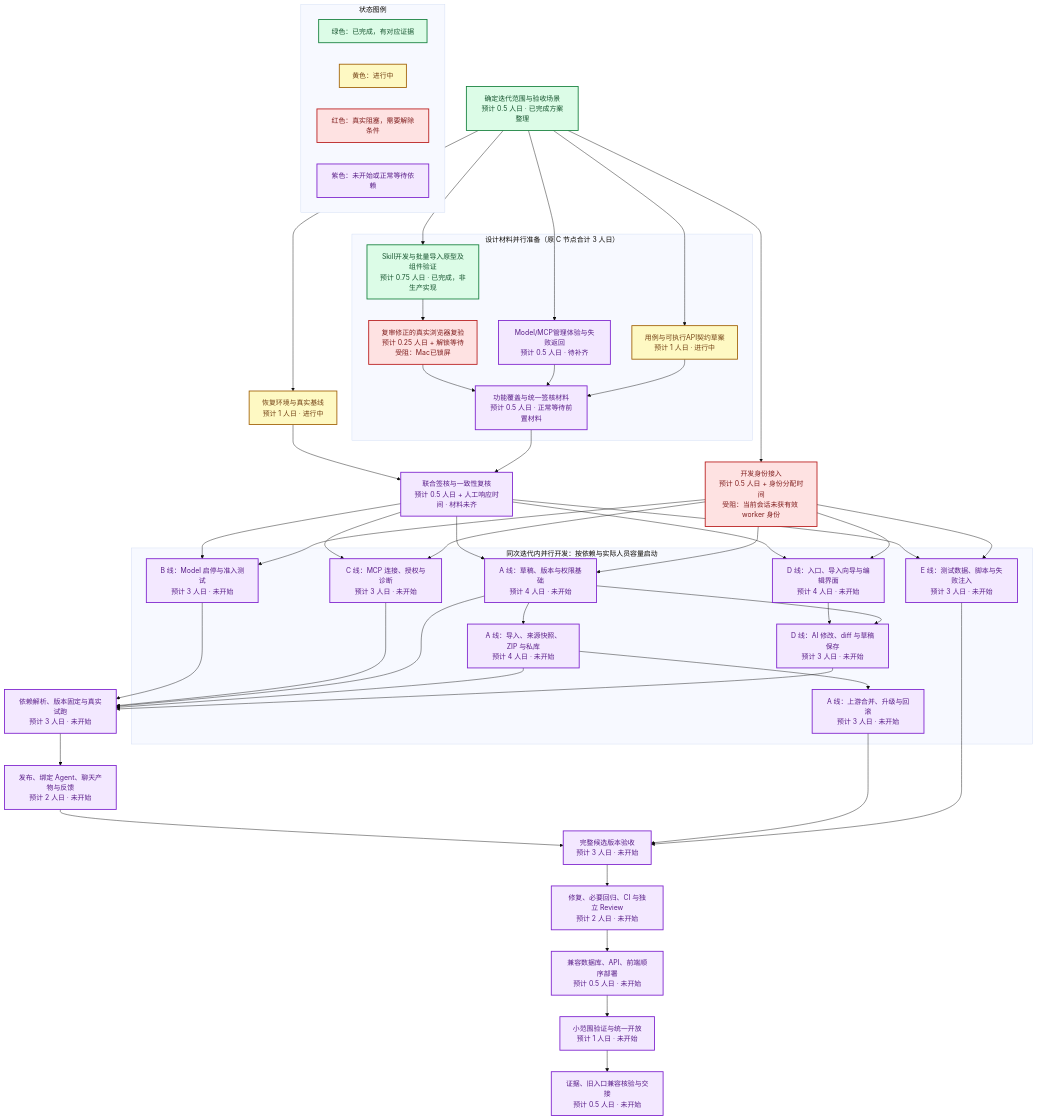
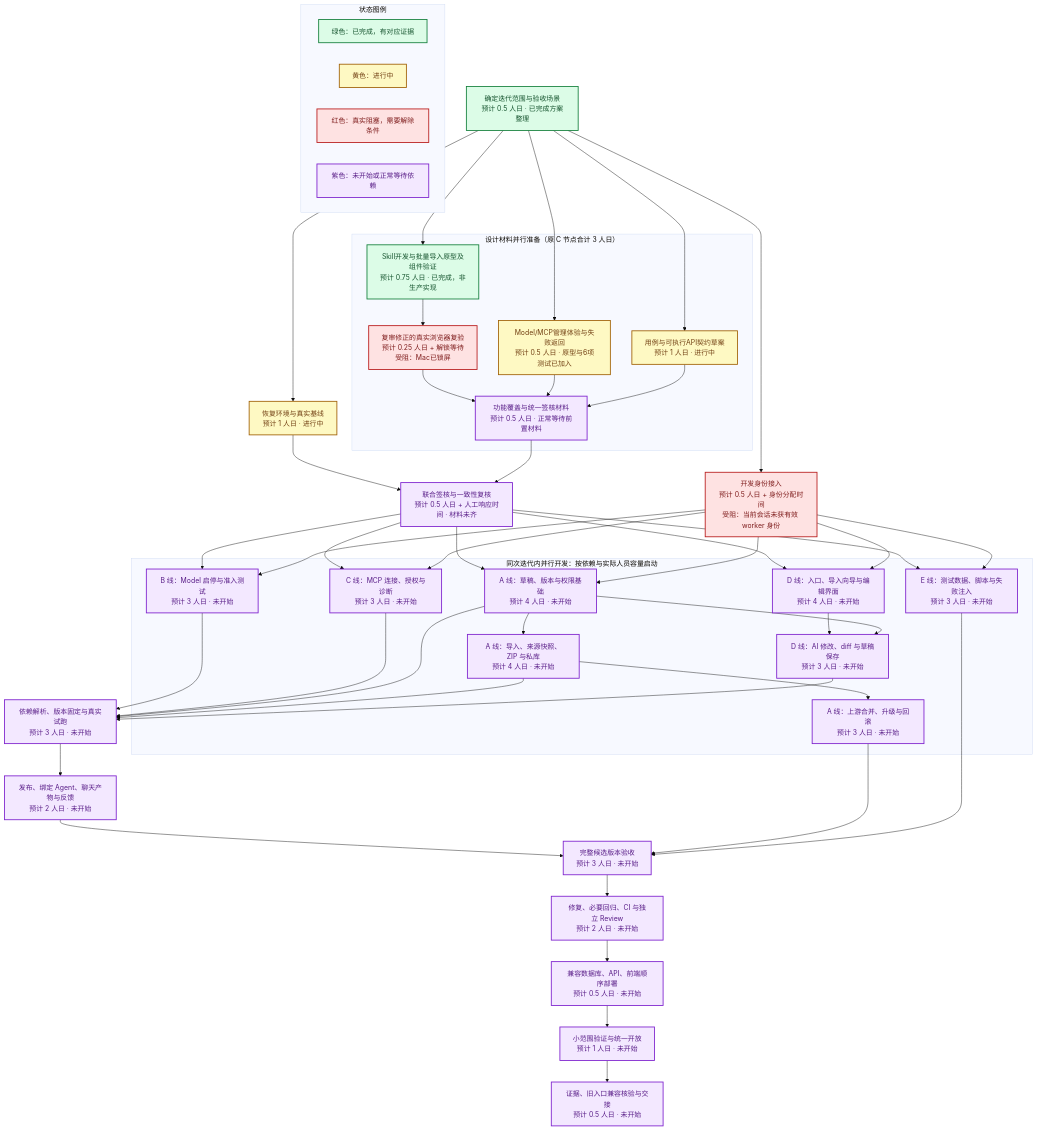
One commit to boardx/workspacex changed the diagram in docs/design/ai-capability-studio-e2e-plan-2026-09-09.md. Above: the diagram before and after it, drawn with Mermaid (base theme). The commit also changed other lines of this file and 19 other files, not shown here.

````diff
--- a/docs/design/ai-capability-studio-e2e-plan-2026-09-09.md
+++ b/docs/design/ai-capability-studio-e2e-plan-2026-09-09.md
@@ -213,76 +213,76 @@
 ```mermaid
 flowchart TB
     A["确定迭代范围与验收场景<br/>预计 0.5 人日 · 已完成方案整理"]
     A --> B["恢复环境与真实基线<br/>预计 1 人日 · 进行中"]
     subgraph DESIGN["设计材料并行准备（原 C 节点合计 3 人日）"]
         C1["Skill开发与批量导入原型及组件验证<br/>预计 0.75 人日 · 已完成，非生产实现"]
         Y["复审修正的真实浏览器复验<br/>预计 0.25 人日 + 解锁等待<br/>受阻：Mac已锁屏"]
-        C2["Model/MCP管理体验与失败返回<br/>预计 0.5 人日 · 待补齐"]
+        C2["Model/MCP管理体验与失败返回<br/>预计 0.5 人日 · 原型与6项测试已加入"]
         C3["用例与可执行API契约草案<br/>预计 1 人日 · 进行中"]
         C4["功能覆盖与统一签核材料<br/>预计 0.5 人日 · 正常等待前置材料"]
         C1 --> Y --> C4
         C2 --> C4
         C3 --> C4
     end
     A --> C1
     A --> C2
     A --> C3
     B --> G["联合签核与一致性复核<br/>预计 0.5 人日 + 人工响应时间 · 材料未齐"]
     C4 --> G
 
     subgraph BUILD["同次迭代内并行开发：按依赖与实际人员容量启动"]
         D["A 线：草稿、版本与权限基础<br/>预计 4 人日 · 未开始"]
         I["A 线：导入、来源快照、ZIP 与私库<br/>预计 4 人日 · 未开始"]
         U["A 线：上游合并、升级与回滚<br/>预计 3 人日 · 未开始"]
         M["B 线：Model 启停与准入测试<br/>预计 3 人日 · 未开始"]
         P["C 线：MCP 连接、授权与诊断<br/>预计 3 人日 · 未开始"]
         F["D 线：入口、导入向导与编辑界面<br/>预计 4 人日 · 未开始"]
         E["D 线：AI 修改、diff 与草稿保存<br/>预计 3 人日 · 未开始"]
         T["E 线：测试数据、脚本与失败注入<br/>预计 3 人日 · 未开始"]
         D --> I --> U
         F --> E
         D --> E
     end
 
     G --> D
     G --> M
     G --> P
     G --> F
     G --> T
     M --> R["依赖解析、版本固定与真实试跑<br/>预计 3 人日 · 未开始"]
     P --> R
     D --> R
     I --> R
     E --> R
     R --> H["发布、绑定 Agent、聊天产物与反馈<br/>预计 2 人日 · 未开始"]
     H --> V["完整候选版本验收<br/>预计 3 人日 · 未开始"]
     U --> V
     T --> V
     V --> J["修复、必要回归、CI 与独立 Review<br/>预计 2 人日 · 未开始"]
     J --> K["兼容数据库、API、前端顺序部署<br/>预计 0.5 人日 · 未开始"]
     K --> L["小范围验证与统一开放<br/>预计 1 人日 · 未开始"]
     L --> Z["证据、旧入口兼容核验与交接<br/>预计 0.5 人日 · 未开始"]
 
     X["开发身份接入<br/>预计 0.5 人日 + 身份分配时间<br/>受阻：当前会话未获有效 worker 身份"]
     A --> X
     X --> D
     X --> M
     X --> P
     X --> F
     X --> T
 
     subgraph LEGEND["状态图例"]
         LG["绿色：已完成，有对应证据"]
         LY["黄色：进行中"]
         LR["红色：真实阻塞，需要解除条件"]
         LP["紫色：未开始或正常等待依赖"]
     end
     classDef done fill:#dcfce7,stroke:#15803d,color:#14532d,stroke-width:2px;
     classDef active fill:#fef9c3,stroke:#a16207,color:#713f12,stroke-width:2px;
     classDef blocked fill:#fee2e2,stroke:#b91c1c,color:#7f1d1d,stroke-width:2px;
     classDef pending fill:#f3e8ff,stroke:#7e22ce,color:#581c87,stroke-width:2px;
     class A,C1,LG done;
-    class B,C3,LY active;
+    class B,C2,C3,LY active;
     class X,Y,LR blocked;
-    class C2,C4,G,D,I,U,M,P,F,E,T,R,H,V,J,K,L,Z,LP pending;
+    class C4,G,D,I,U,M,P,F,E,T,R,H,V,J,K,L,Z,LP pending;
 ```
````
